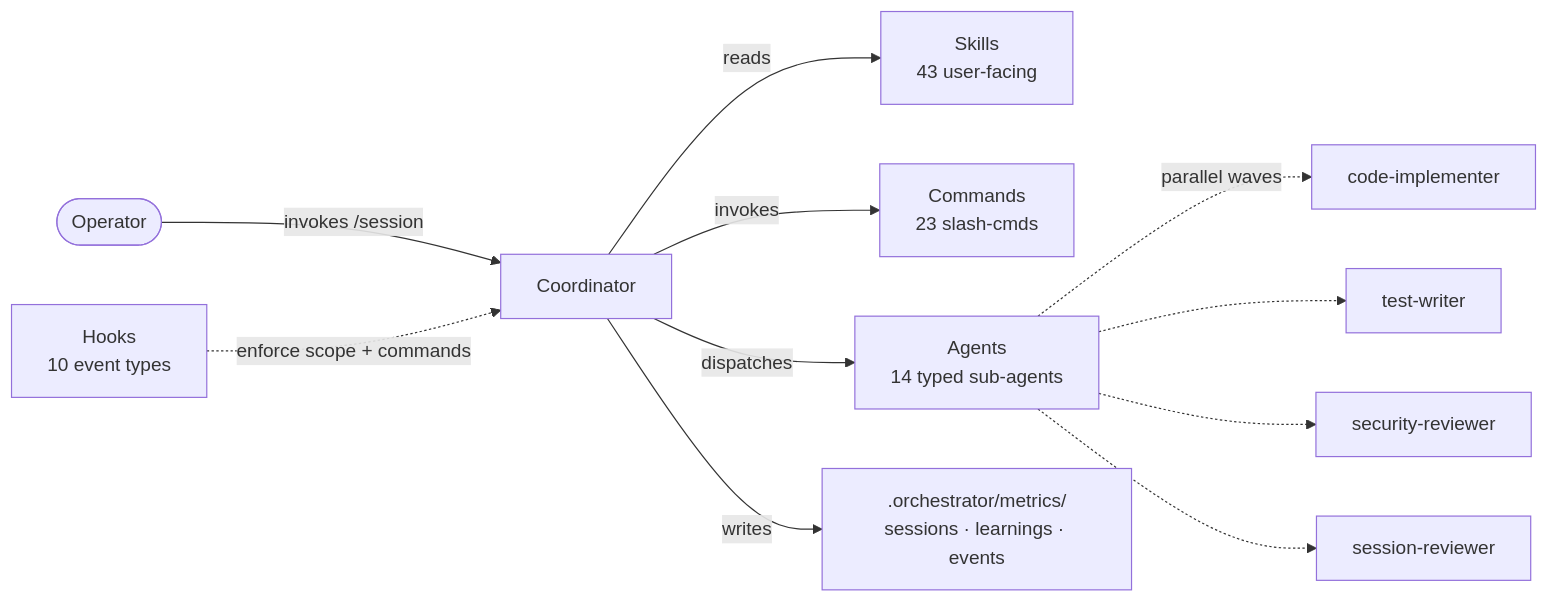
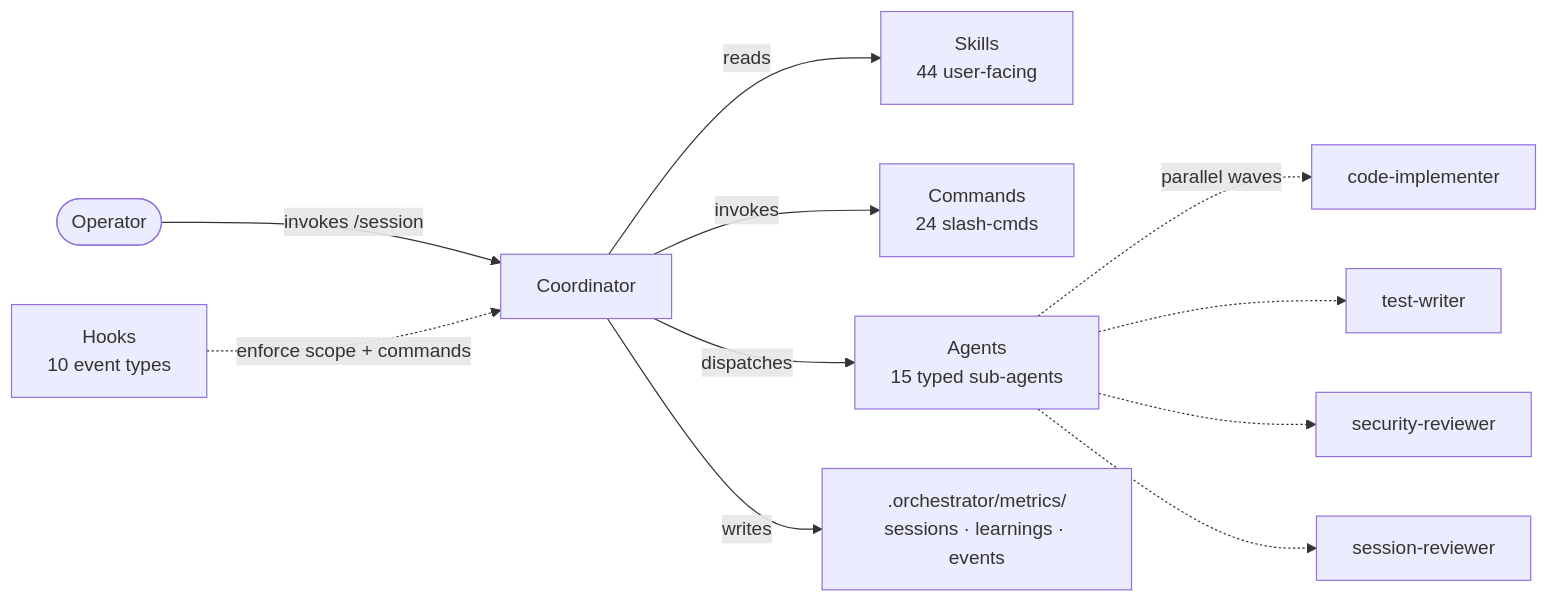
One commit to Kanevry/session-orchestrator changed the diagram in docs/components.md. Above: the diagram before and after it, drawn with Mermaid. The commit also changed other lines of this file and 36 other files, not shown here.

````diff
--- a/docs/components.md
+++ b/docs/components.md
@@ -7,13 +7,13 @@
 ```mermaid
 flowchart LR
     USER([Operator]) -->|invokes /session| COORD[Coordinator]
-    COORD -->|reads| SK[Skills<br/>43 user-facing]
-    COORD -->|invokes| CMD[Commands<br/>23 slash-cmds]
-    COORD -->|dispatches| AG[Agents<br/>14 typed sub-agents]
+    COORD -->|reads| SK[Skills<br/>44 user-facing]
+    COORD -->|invokes| CMD[Commands<br/>24 slash-cmds]
+    COORD -->|dispatches| AG[Agents<br/>15 typed sub-agents]
     AG -.->|parallel waves| W1[code-implementer]
     AG -.-> W2[test-writer]
     AG -.-> W3[security-reviewer]
     AG -.-> W4[session-reviewer]
     HOOK[Hooks<br/>10 event types] -.->|enforce scope + commands| COORD
     COORD -->|writes| METRIC[.orchestrator/metrics/<br/>sessions · learnings · events]
 ```
````
